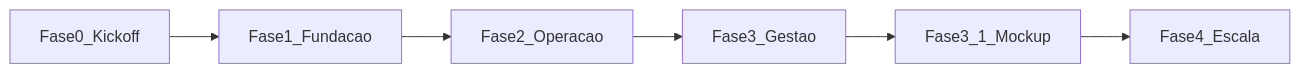
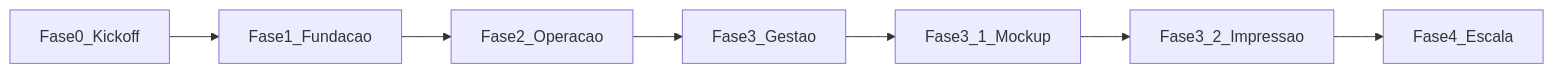
Before and after one commit to SouCanella/loja: the diagram in doc/fases/PLANO-ROADMAP-FASES.md, drawn with Mermaid. The commit also changed other lines of this file and 6 other files, not shown here.

````diff
--- a/doc/fases/PLANO-ROADMAP-FASES.md
+++ b/doc/fases/PLANO-ROADMAP-FASES.md
@@ -50,10 +51,11 @@
 ```mermaid
 flowchart LR
   f0[Fase0_Kickoff]
   f1[Fase1_Fundacao]
   f2[Fase2_Operacao]
   f3[Fase3_Gestao]
   f31[Fase3_1_Mockup]
+  f32[Fase3_2_Impressao]
   f4[Fase4_Escala]
-  f0 --> f1 --> f2 --> f3 --> f31 --> f4
+  f0 --> f1 --> f2 --> f3 --> f31 --> f32 --> f4
 ```
````
